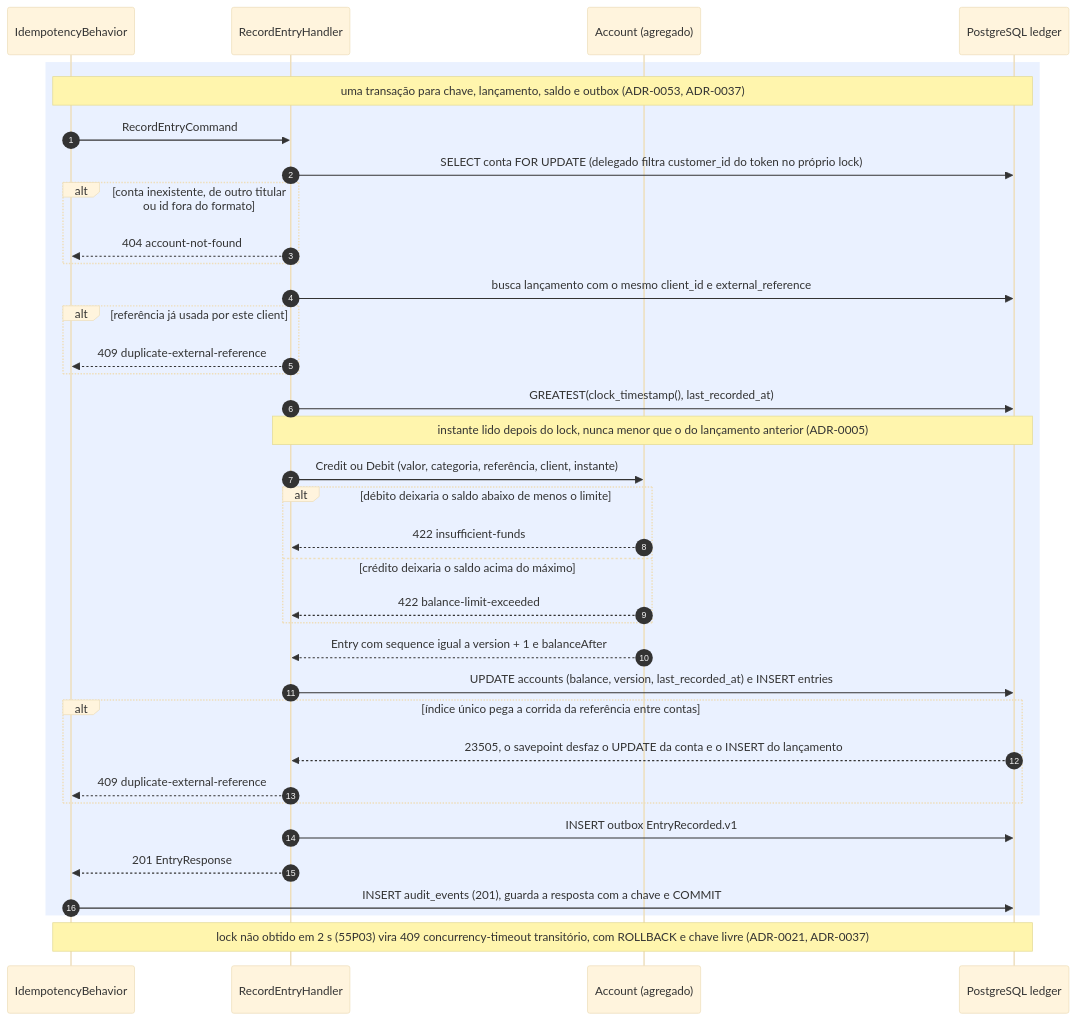
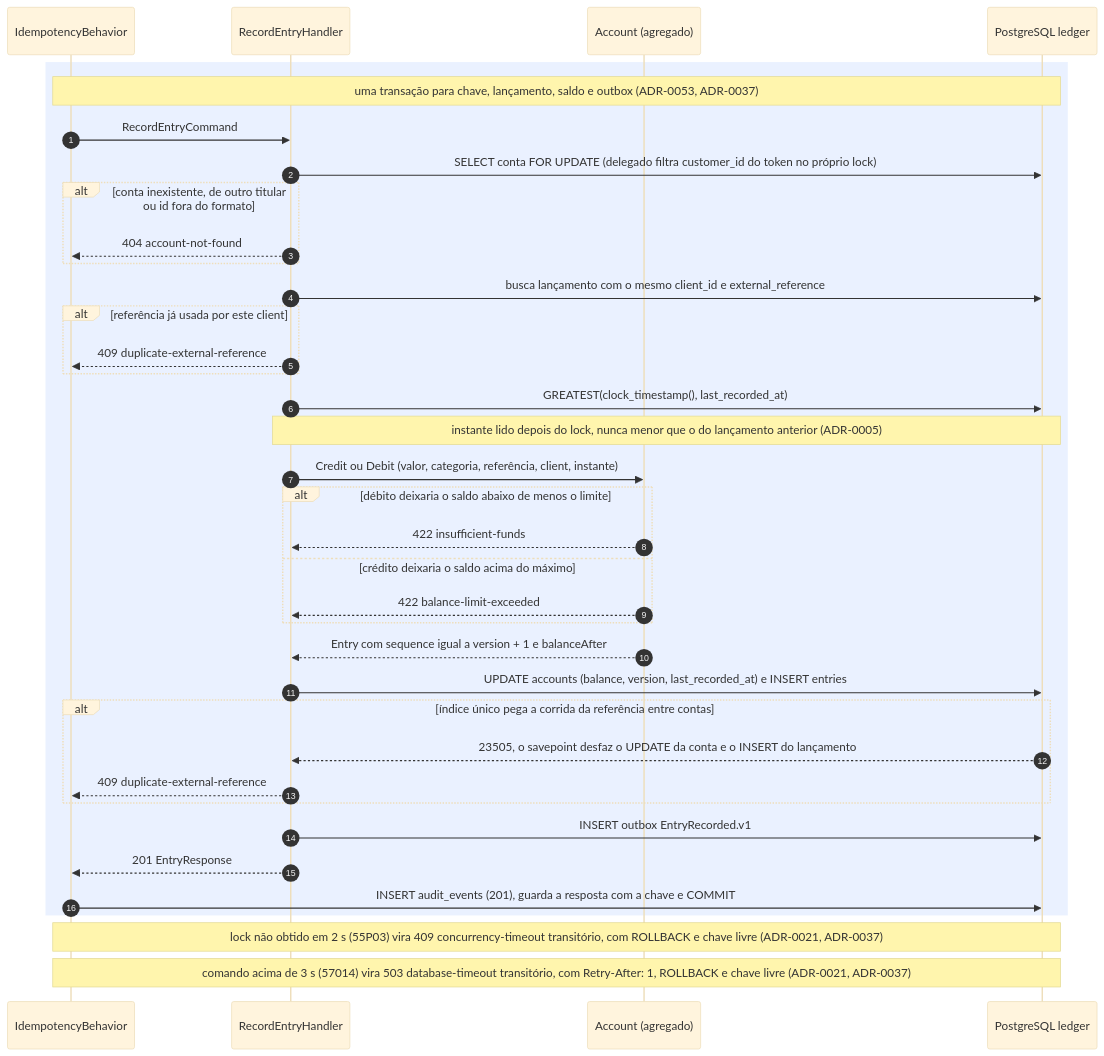
Before and after one commit to arthuurw/desafio-arquiteto-keyrus: the first of 8 diagrams in docs/arquitetura/fluxos-ledger.md, drawn with Mermaid (base theme). The commit also changed other lines of this file and 8 other files, not shown here.

````diff
--- a/docs/arquitetura/fluxos-ledger.md
+++ b/docs/arquitetura/fluxos-ledger.md
@@ -16,39 +17,40 @@
 ```mermaid
 sequenceDiagram
   autonumber
   participant B as IdempotencyBehavior
   participant H as RecordEntryHandler
   participant A as Account (agregado)
   participant DB as PostgreSQL ledger
 
   rect rgba(80, 140, 255, 0.12)
     Note over B,DB: uma transação para chave, lançamento, saldo e outbox (ADR-0053, ADR-0037)
     B->>H: RecordEntryCommand
     H->>DB: SELECT conta FOR UPDATE (delegado filtra customer_id do token no próprio lock)
     alt conta inexistente, de outro titular ou id fora do formato
       H-->>B: 404 account-not-found
     end
     H->>DB: busca lançamento com o mesmo client_id e external_reference
     alt referência já usada por este client
       H-->>B: 409 duplicate-external-reference
     end
     H->>DB: GREATEST(clock_timestamp(), last_recorded_at)
     Note over H,DB: instante lido depois do lock, nunca menor que o do lançamento anterior (ADR-0005)
     H->>A: Credit ou Debit (valor, categoria, referência, client, instante)
     alt débito deixaria o saldo abaixo de menos o limite
       A-->>H: 422 insufficient-funds
     else crédito deixaria o saldo acima do máximo
       A-->>H: 422 balance-limit-exceeded
     end
     A-->>H: Entry com sequence igual a version + 1 e balanceAfter
     H->>DB: UPDATE accounts (balance, version, last_recorded_at) e INSERT entries
     alt índice único pega a corrida da referência entre contas
       DB-->>H: 23505, o savepoint desfaz o UPDATE da conta e o INSERT do lançamento
       H-->>B: 409 duplicate-external-reference
     end
     H->>DB: INSERT outbox EntryRecorded.v1
     H-->>B: 201 EntryResponse
     B->>DB: INSERT audit_events (201), guarda a resposta com a chave e COMMIT
   end
   Note over B,DB: lock não obtido em 2 s (55P03) vira 409 concurrency-timeout transitório, com ROLLBACK e chave livre (ADR-0021, ADR-0037)
+  Note over B,DB: comando acima de 3 s (57014) vira 503 database-timeout transitório, com Retry-After: 1, ROLLBACK e chave livre (ADR-0021, ADR-0037)
 ```
````
